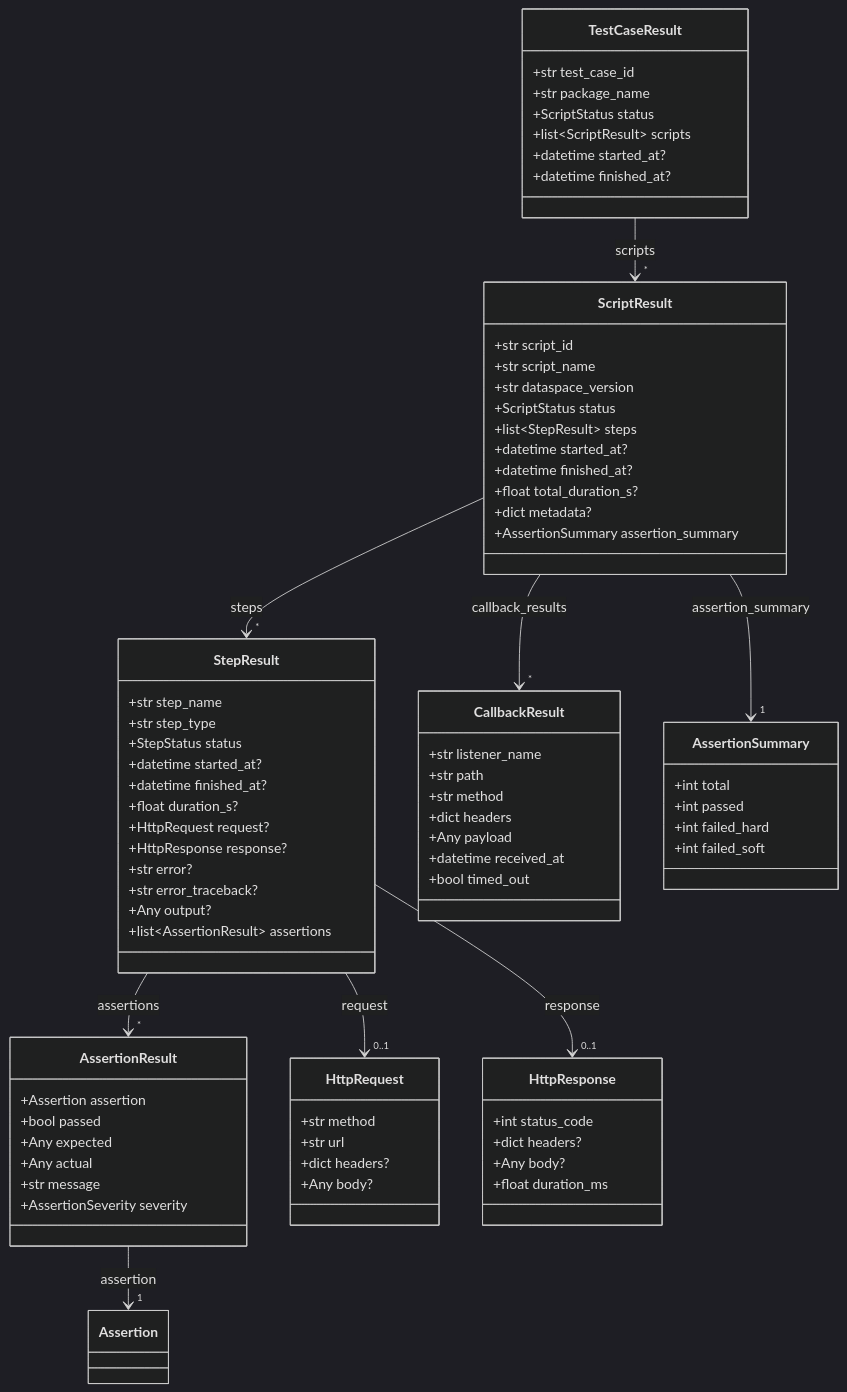
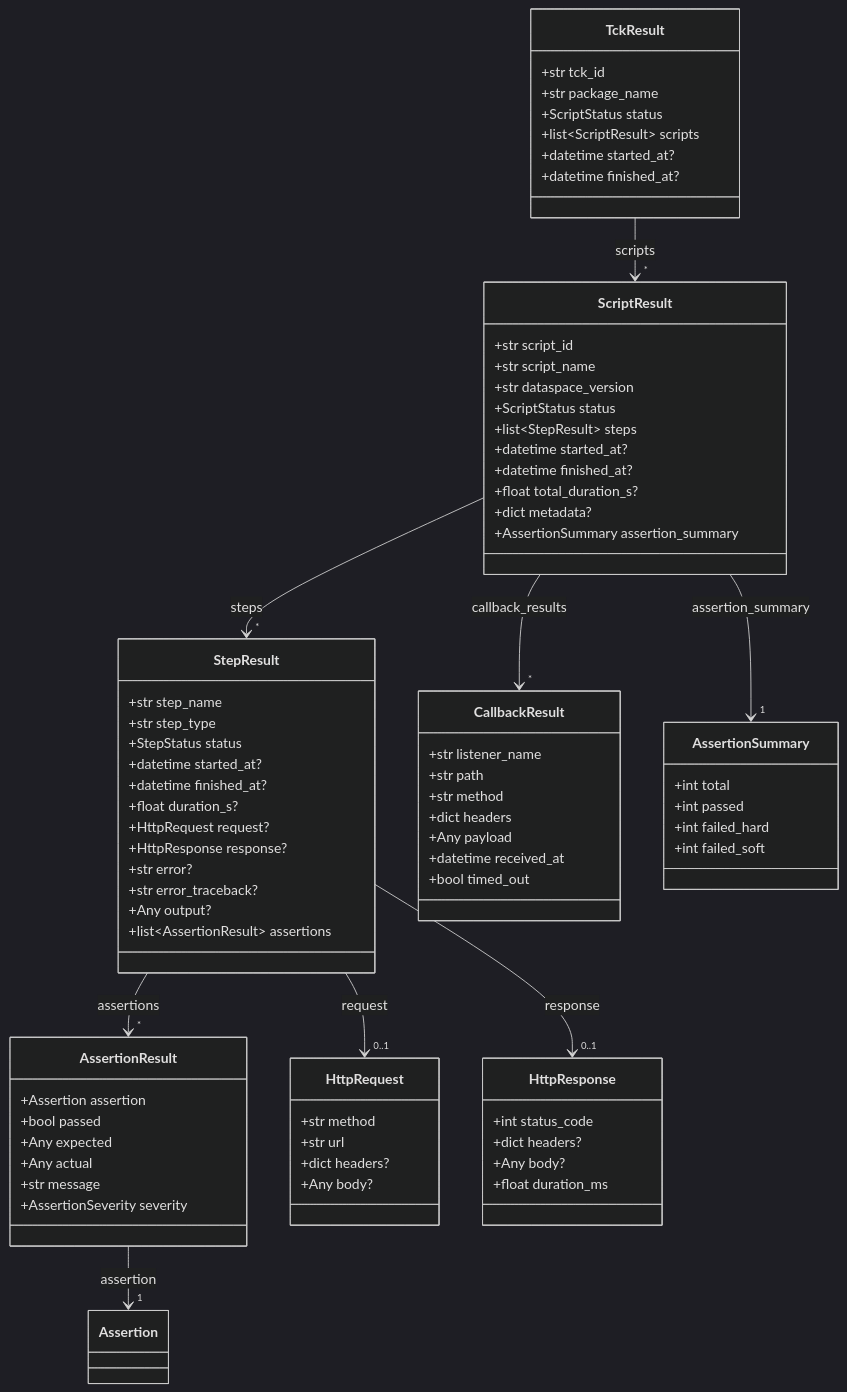
One commit to tudorfrincu1/tractusx-testlab changed the fourth of 8 diagrams in docs/specification/specification/data-models.md. Above: the diagram before and after it, drawn with Mermaid (dark theme). The commit also changed other lines of this file and 144 other files, not shown here.

First line of the commit message:
Refactor TestLab to use TCK terminology and implement SSE streaming for job events

````diff
--- a/docs/specification/specification/data-models.md
+++ b/docs/specification/specification/data-models.md
@@ -351,8 +351,8 @@
         +int failed_soft
     }
 
-    class TestCaseResult {
-        +str test_case_id
+    class TckResult {
+        +str tck_id
         +str package_name
         +ScriptStatus status
         +list~ScriptResult~ scripts
@@ -366,6 +366,6 @@
     StepResult --> "0..1" HttpRequest : request
     StepResult --> "0..1" HttpResponse : response
     StepResult --> "*" AssertionResult : assertions
-    TestCaseResult --> "*" ScriptResult : scripts
+    TckResult --> "*" ScriptResult : scripts
     AssertionResult --> "1" Assertion : assertion
 ```
````
